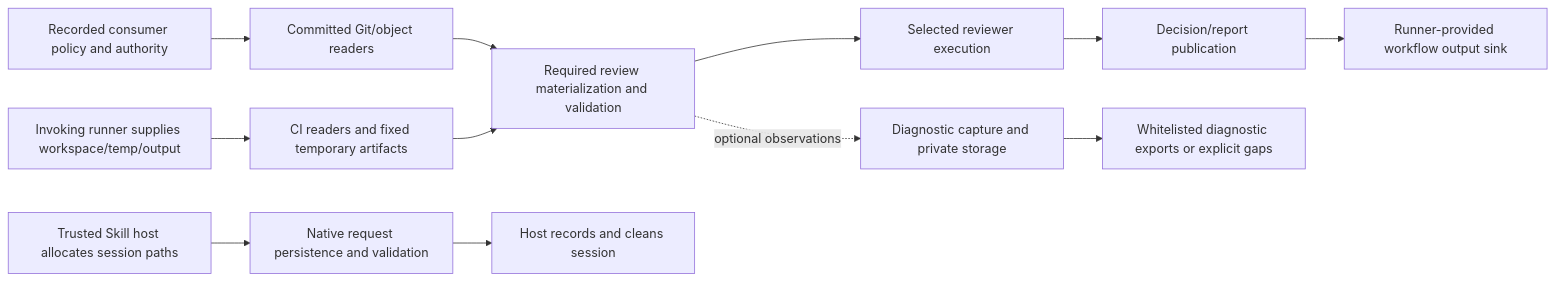
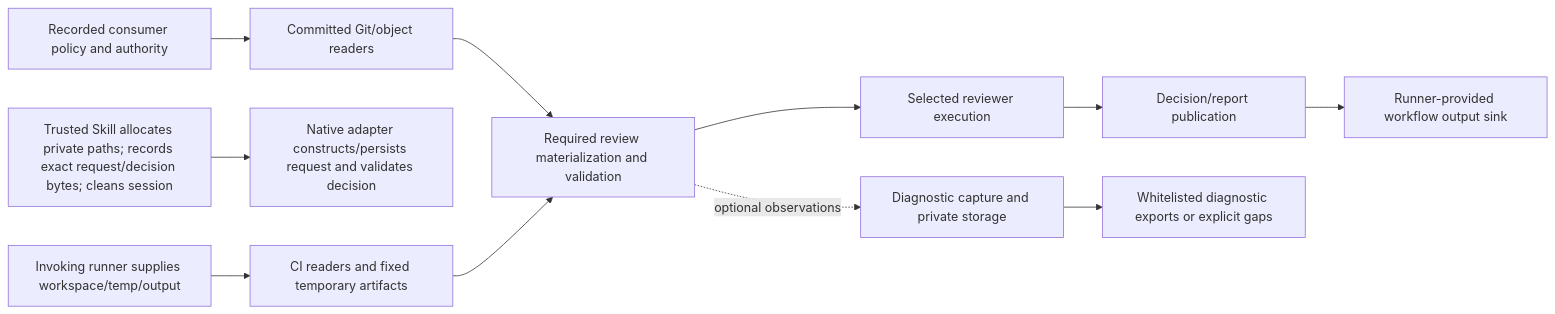
Before and after one commit to flair-agency/architecture-gatekeeper: the diagram in docs/investigations/2026-10-18-git-filesystem-responsibility-inventory.md, drawn with Mermaid. The commit also changed other lines of this file and 3 other files, not shown here.

````diff
--- a/docs/investigations/2026-10-18-git-filesystem-responsibility-inventory.md
+++ b/docs/investigations/2026-10-18-git-filesystem-responsibility-inventory.md
@@ -37,14 +37,13 @@
 ```mermaid
 flowchart LR
   A[Recorded consumer policy and authority] --> G[Committed Git/object readers]
   G --> R[Required review materialization and validation]
   R --> P[Selected reviewer execution]
   P --> O[Decision/report publication]
-  H[Trusted Skill host allocates session paths] --> N[Native request persistence and validation]
-  N --> HC[Host records and cleans session]
+  H[Trusted Skill allocates private paths; records exact request/decision bytes; cleans session] --> N[Native adapter constructs/persists request and validates decision]
   T[Invoking runner supplies workspace/temp/output] --> C[CI readers and fixed temporary artifacts]
   C --> R
   O --> S[Runner-provided workflow output sink]
   R -. optional observations .-> D[Diagnostic capture and private storage]
   D --> X[Whitelisted diagnostic exports or explicit gaps]
 ```
````
